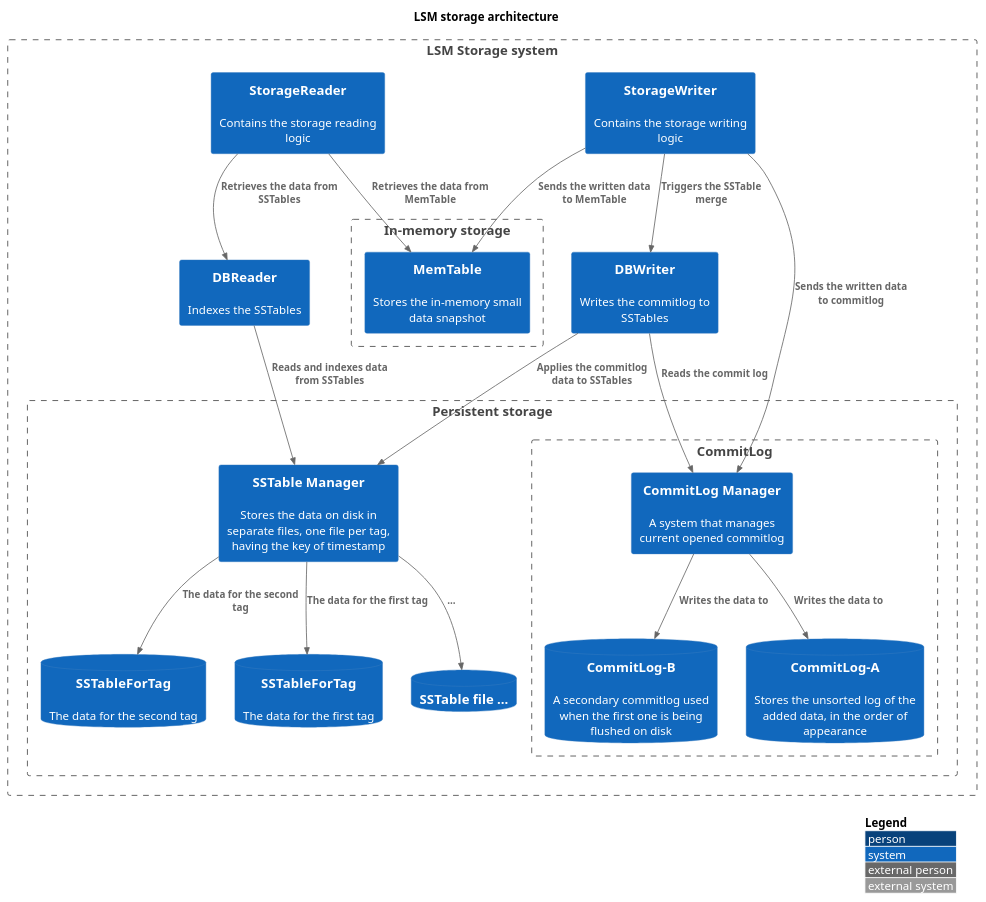
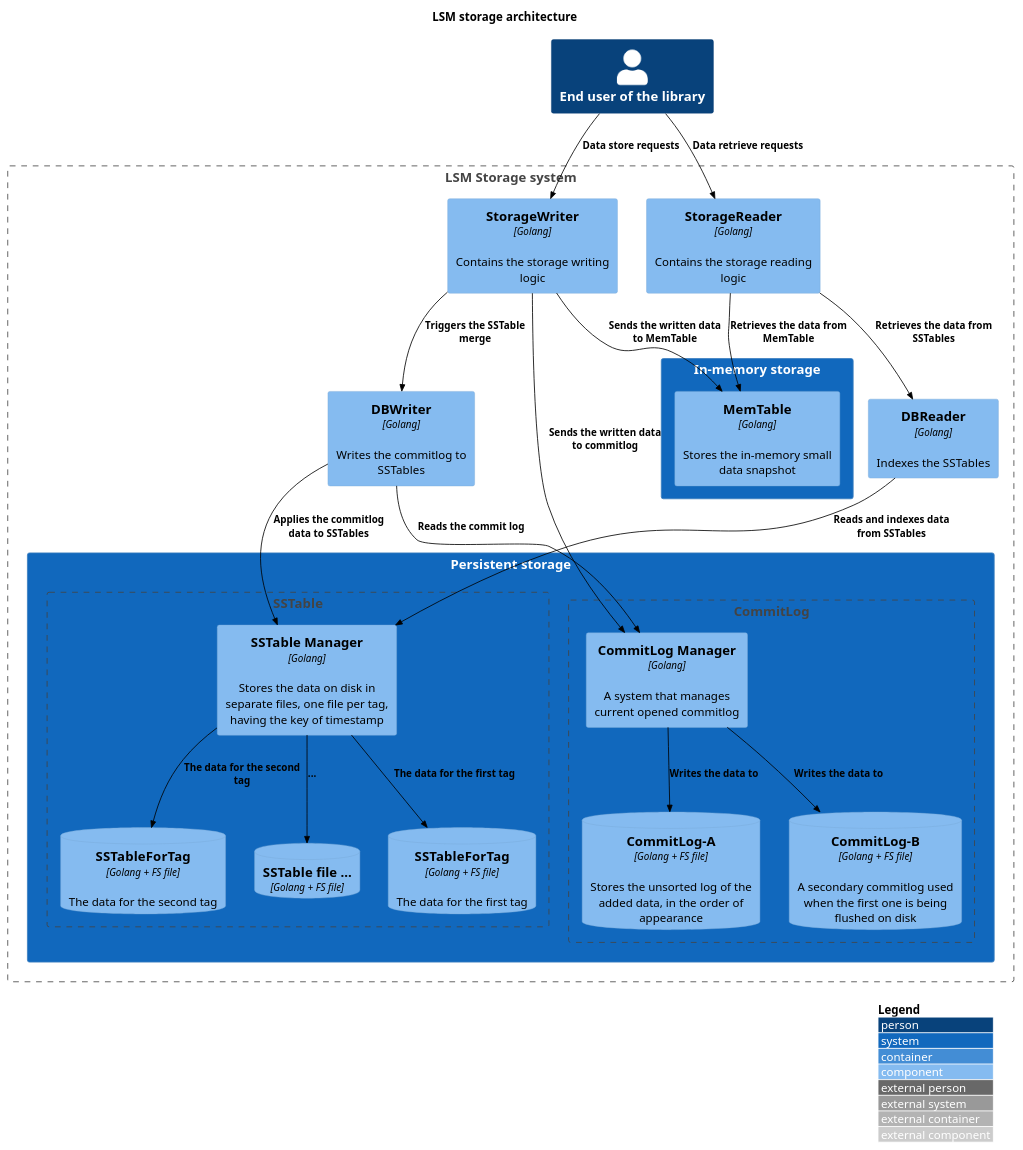
One commit to nikita-tomilov/golsm changed the diagram in architecture.puml. Above: the diagram before and after it, drawn with PlantUML.

Commit message:
architecture.puml: add end user

```diff
--- a/architecture.puml
+++ b/architecture.puml
@@ -1,56 +1,68 @@
 @startuml
-!include https://raw.githubusercontent.com/adrianvlupu/C4-PlantUML/latest/C4_Context.puml
+!include https://raw.githubusercontent.com/RicardoNiepel/C4-PlantUML/release/1-0/C4_Component.puml
+
+' This is called C4 Component Diagram
 
 LAYOUT_WITH_LEGEND()
 
 title LSM storage architecture
 
+skinparam sequence {
+    ArrowColor Black
+    ArrowFontColor Black
+}
+
+Person(user, "End user of the library")
+
 Boundary(storage, "LSM Storage system") {
 
-    Boundary(inmem, "In-memory storage") {
-        System(memtable, "MemTable", "Stores the in-memory small data snapshot")
-
+    System(inmem, "In-memory storage") {
+        Component(memtable, "MemTable", "Golang", "Stores the in-memory small data snapshot")
     }
 
-    Boundary(persistent, "Persistent storage") {
+    System(persistent, "Persistent storage") {
 
         Boundary(commitlog_system, "CommitLog") {
-            System(commitlogManager, "CommitLog Manager", "A system that manages current opened commitlog")
-            SystemDb(commitlogA, "CommitLog-A", "Stores the unsorted log of the added data, in the order of appearance")
-            SystemDb(commitlogB, "CommitLog-B", "A secondary commitlog used when the first one is being flushed on disk")
+            Component(commitlogManager, "CommitLog Manager", "Golang", "A system that manages current opened commitlog")
+            ComponentDb(commitlogA, "CommitLog-A", "Golang + FS file", "Stores the unsorted log of the added data, in the order of appearance")
+            ComponentDb(commitlogB, "CommitLog-B", "Golang + FS file", "A secondary commitlog used when the first one is being flushed on disk")
         }
 
-        System(sstable, "SSTable Manager", "Stores the data on disk in separate files, one file per tag, having the key of timestamp")
-        SystemDb(dbfile3, "SSTable file ...", "")
-        SystemDb(dbfile2, "SSTableForTag", "The data for the second tag")
-        SystemDb(dbfile1, "SSTableForTag", "The data for the first tag")
-
+        Boundary(sstable_system, "SSTable") {
+            Component(sstable, "SSTable Manager", "Golang", "Stores the data on disk in separate files, one file per tag, having the key of timestamp")
+            ComponentDb(dbfile1, "SSTableForTag", "Golang + FS file", "The data for the first tag")
+            ComponentDb(dbfile2, "SSTableForTag", "Golang + FS file", "The data for the second tag")
+            ComponentDb(dbfile3, "SSTable file ...", "Golang + FS file", "")
+        }
     }
 
-    System(dbwriter, "DBWriter", "Writes the commitlog to SSTables")
-    System(dbreader, "DBReader", "Indexes the SSTables")
+    Component(dbwriter, "DBWriter", "Golang", "Writes the commitlog to SSTables")
+    Component(dbreader, "DBReader", "Golang", "Indexes the SSTables")
 
-    System(swriter, "StorageWriter", "Contains the storage writing logic")
-    System(sreader, "StorageReader", "Contains the storage reading logic")
+    Component(swriter, "StorageWriter", "Golang", "Contains the storage writing logic")
+    Component(sreader, "StorageReader", "Golang", "Contains the storage reading logic")
 }
 
 
 Rel(sstable, dbfile1, "The data for the first tag")
 Rel(sstable, dbfile2, "The data for the second tag")
 Rel(sstable, dbfile3, "...")
 
 Rel(commitlogManager, commitlogA, "Writes the data to")
 Rel(commitlogManager, commitlogB, "Writes the data to")
 
 Rel(dbwriter, commitlogManager, "Reads the commit log")
 Rel(dbwriter, sstable, "Applies the commitlog data to SSTables")
 Rel(dbreader, sstable, "Reads and indexes data from SSTables")
 
 Rel(swriter, commitlogManager, "Sends the written data to commitlog")
 Rel(swriter, memtable, "Sends the written data to MemTable")
 Rel(swriter, dbwriter, "Triggers the SSTable merge")
 
 Rel(sreader, memtable, "Retrieves the data from MemTable")
 Rel(sreader, dbreader, "Retrieves the data from SSTables")
 
+Rel(user, sreader, "Data retrieve requests")
+Rel(user, swriter, "Data store requests")
+
 @enduml
```
